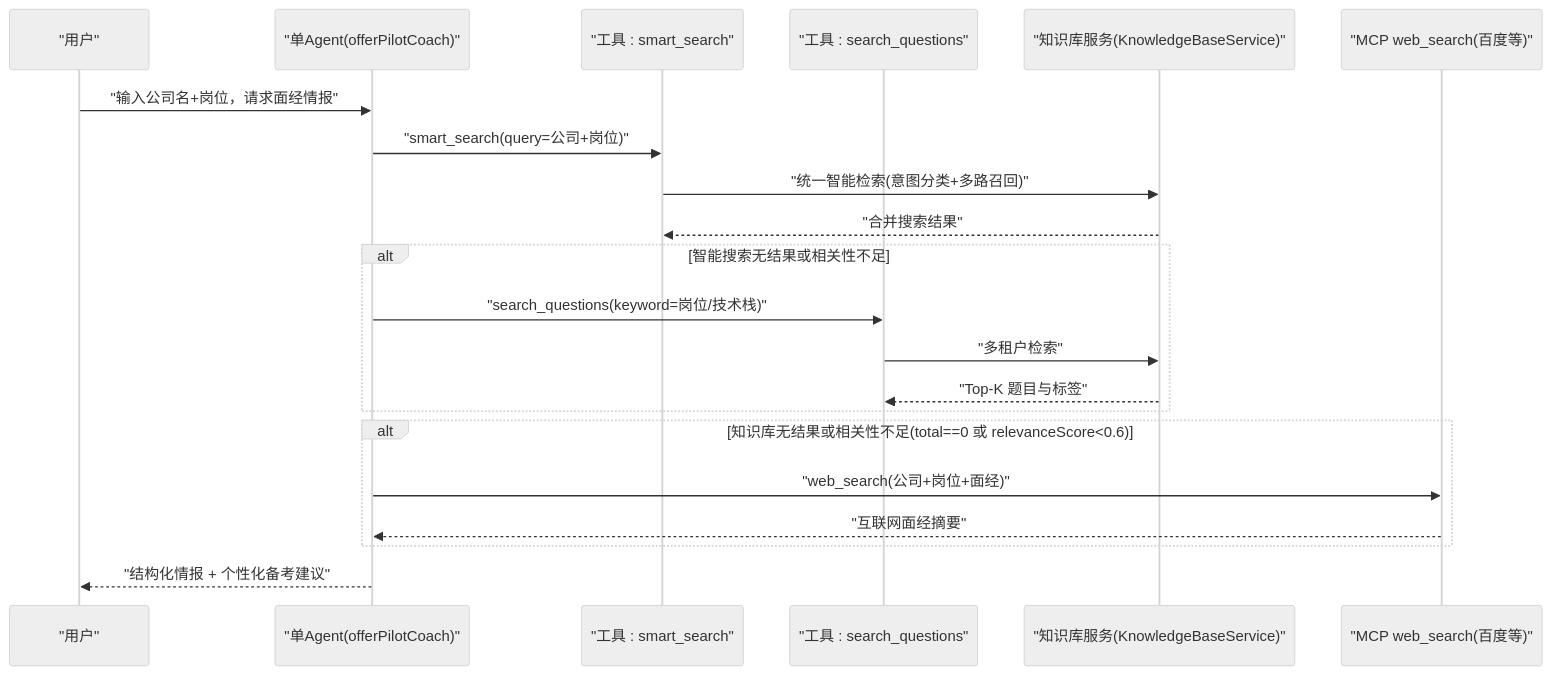
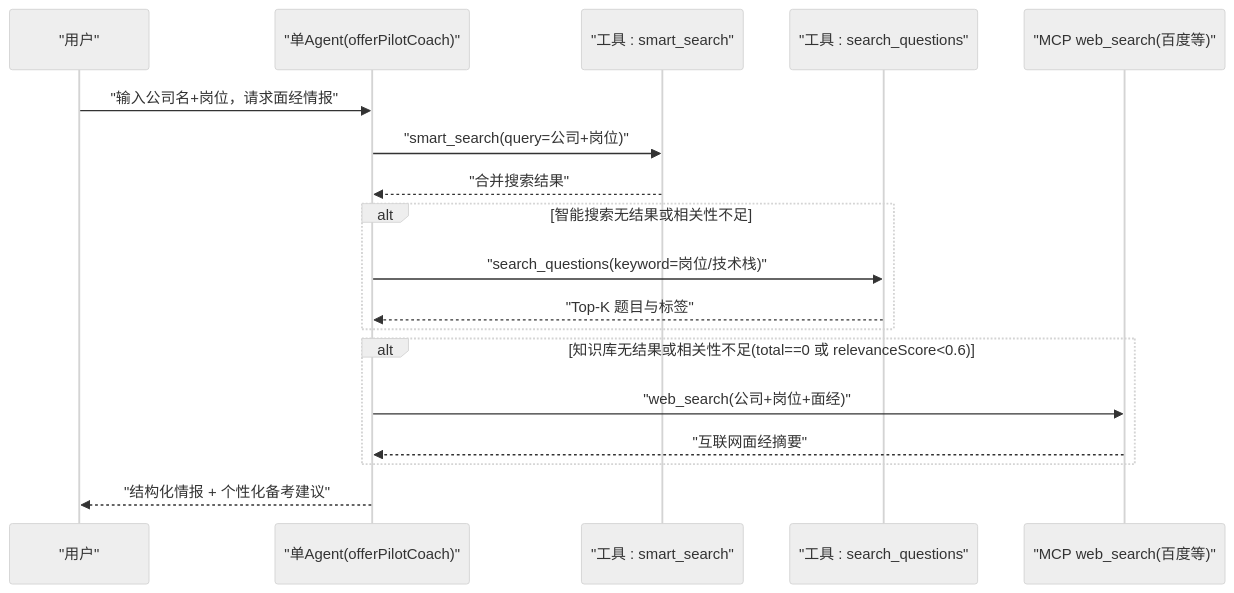
One commit to Miss-zhi/OfferPilot changed the fourth of 5 diagrams in .qoder/repowiki/zh/content/六大核心求职环节 Agent 交互时序.md. Above: the diagram before and after it, drawn with Mermaid (neutral theme). The commit also changed other lines of this file and 28 other files, not shown here.

````diff
--- a/.qoder/repowiki/zh/content/六大核心求职环节 Agent 交互时序.md
+++ b/.qoder/repowiki/zh/content/六大核心求职环节 Agent 交互时序.md
@@ -142,23 +134,20 @@
 ```mermaid
 sequenceDiagram
 participant U as "用户"
 participant A as "单Agent(offerPilotCoach)"
 participant SS as "工具 : smart_search"
 participant QS as "工具 : search_questions"
-participant KB as "知识库服务(KnowledgeBaseService)"
 participant MCP as "MCP web_search(百度等)"
 U->>A : "输入公司名+岗位，请求面经情报"
 A->>SS : "smart_search(query=公司+岗位)"
-SS->>KB : "统一智能检索(意图分类+多路召回)"
-KB-->>SS : "合并搜索结果"
+SS-->>A : "合并搜索结果"
 alt 智能搜索无结果或相关性不足
 A->>QS : "search_questions(keyword=岗位/技术栈)"
-QS->>KB : "多租户检索"
-KB-->>QS : "Top-K 题目与标签"
+QS-->>A : "Top-K 题目与标签"
 end
 alt 知识库无结果或相关性不足(total==0 或 relevanceScore<0.6)
 A->>MCP : "web_search(公司+岗位+面经)"
 MCP-->>A : "互联网面经摘要"
 end
 A-->>U : "结构化情报 + 个性化备考建议"
 ```
````
